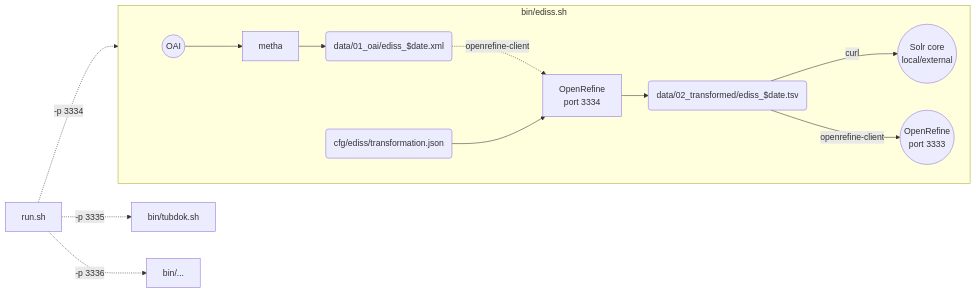
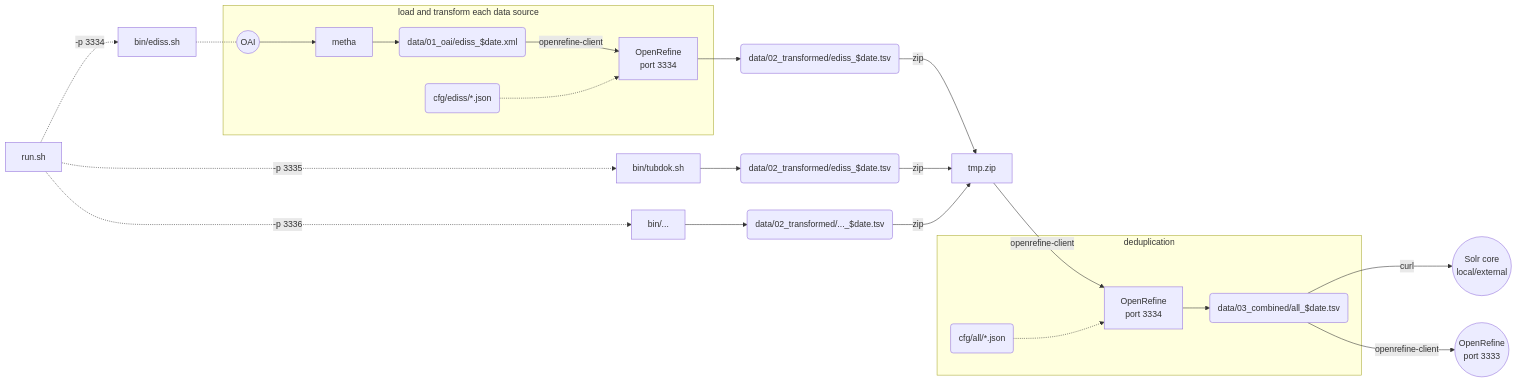
Before and after one commit to subhh/HOS-MetadataTransformations: the diagram in flowchart.mmd, drawn with Mermaid. The commit also changed 1 other file, not shown here.

Commit message:
Update flowchart #16

```diff
--- a/flowchart.mmd
+++ b/flowchart.mmd
@@ -1,16 +1,28 @@
 graph LR
 
 run.sh -. -p 3334 .-> bin/ediss.sh
 bin/ediss.sh -.- oai
 run.sh -. -p 3335 .-> bin/tubdok.sh
+bin/tubdok.sh --> 02transformed_tubdok(data/02_transformed/ediss_$date.tsv)
 run.sh -. -p 3336 .-> bin/...
+bin/... --> 02transformed_...(data/02_transformed/..._$date.tsv)
 
-subgraph bin/ediss.sh
+subgraph load and transform each data source
 oai((OAI)) --> metha
 metha --> 01oai(data/01_oai/ediss_$date.xml)
-01oai -. openrefine-client .-> openrefine-container[OpenRefine<br>port 3334]
-config(cfg/ediss/transformation.json) --> openrefine-container
-openrefine-container --> 02transformed(data/02_transformed/ediss_$date.tsv)
-02transformed -- curl --> solr((Solr core<br>local/external))
-02transformed -- openrefine-client --> openrefine-service((OpenRefine<br>port 3333))
+01oai -- openrefine-client --> openrefine-container1[OpenRefine<br>port 3334]
+config1(cfg/ediss/*.json) -.-> openrefine-container1
 end
+openrefine-container1 --> 02transformed_ediss(data/02_transformed/ediss_$date.tsv)
+
+02transformed_ediss -- zip --> tmp.zip
+02transformed_tubdok -- zip --> tmp.zip
+02transformed_... -- zip --> tmp.zip
+tmp.zip -- openrefine-client --> openrefine-container2[OpenRefine<br>port 3334]
+
+subgraph deduplication
+config2(cfg/all/*.json) -.-> openrefine-container2
+openrefine-container2 --> 03combined(data/03_combined/all_$date.tsv)
+end
+03combined -- curl --> solr((Solr core<br>local/external))
+03combined -- openrefine-client --> openrefine-service((OpenRefine<br>port 3333))
```
